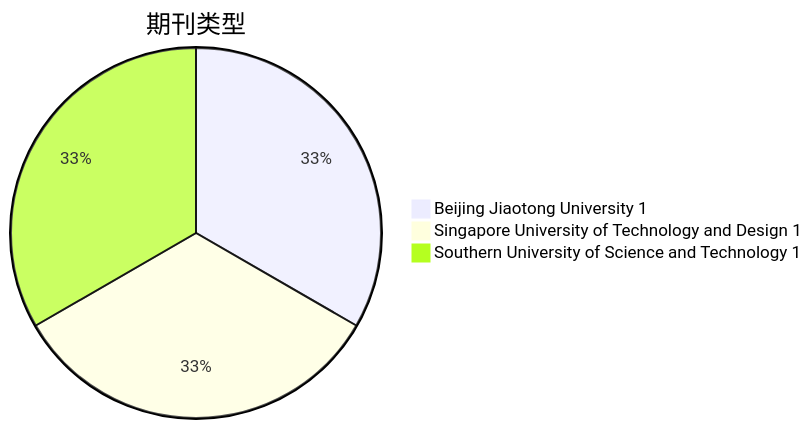
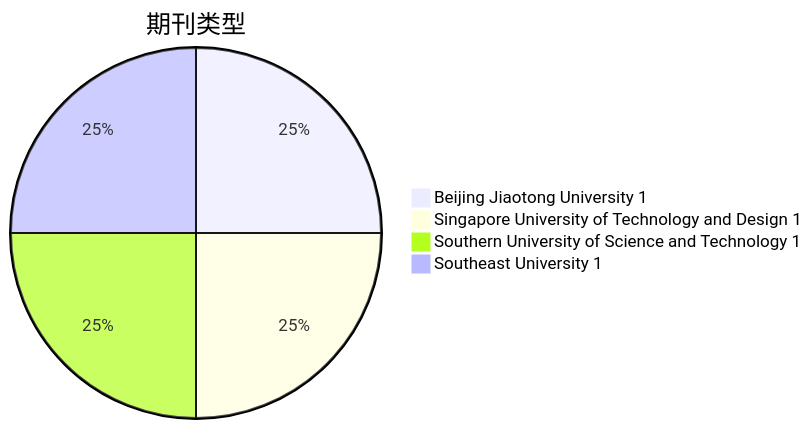
The third of 6 diagrams in Attack/Adversarial_Attack/VLP/analyse.md (Elephant-King9/Paper), drawn with Mermaid before and after one commit. The commit also changed other lines of this file and 3 other files, not shown here.

````diff
--- a/Attack/Adversarial_Attack/VLP/analyse.md
+++ b/Attack/Adversarial_Attack/VLP/analyse.md
@@ -30,6 +30,7 @@
 ```mermaid
 pie title 期刊类型
  "Beijing Jiaotong University 1" : 1
  "Singapore University of Technology and Design 1" : 1
  "Southern University of Science and Technology 1" : 1
+ "Southeast University 1" : 1
 ```
````
